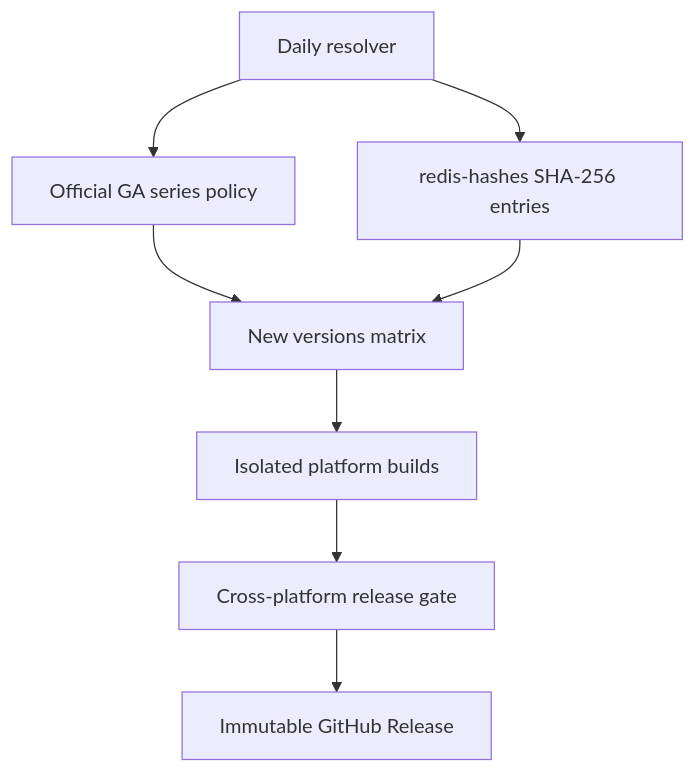
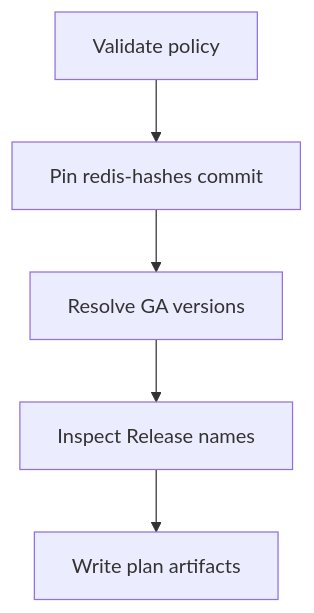
One commit to ainuoyan/redis-unofficial-builds changed the diagram in docs/PLATFORM-DESIGN.md. Above: the diagram before and after it, drawn with Mermaid. The commit also changed other lines of this file and 29 other files, not shown here.

````diff
--- a/docs/PLATFORM-DESIGN.md
+++ b/docs/PLATFORM-DESIGN.md
@@ -186,10 +352,7 @@
 ```mermaid
 flowchart TD
-    A["Daily resolver"] --> B["Official GA series policy"]
-    A --> C["redis-hashes SHA-256 entries"]
-    B --> D["New versions matrix"]
-    C --> D
-    D --> E["Isolated platform builds"]
-    E --> F["Cross-platform release gate"]
-    F --> G["Immutable GitHub Release"]
+    A["Validate policy"] --> B["Pin redis-hashes commit"]
+    B --> C["Resolve GA versions"]
+    C --> D["Inspect Release names"]
+    D --> E["Write plan artifacts"]
 ```
````
